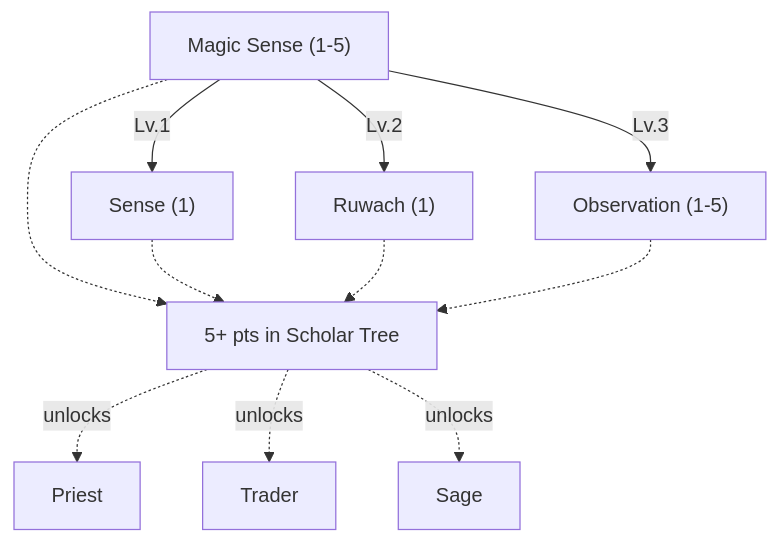
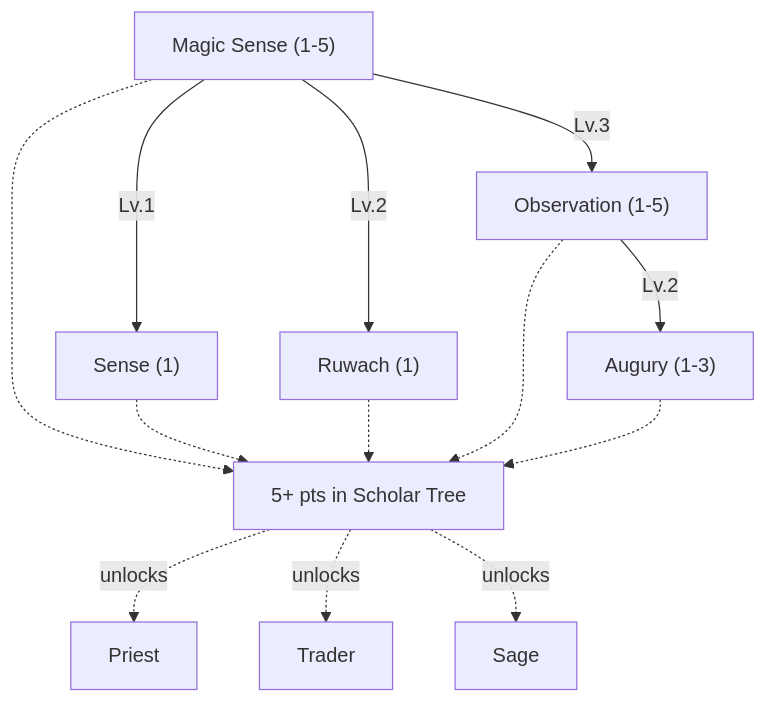
The first of 4 diagrams in content/docs/mechanics/master/scholar-tree.md (tfelix/bestia-docs), drawn with Mermaid before and after one commit. The commit also changed other lines of this file and 8 other files, not shown here.

````diff
--- a/content/docs/mechanics/master/scholar-tree.md
+++ b/content/docs/mechanics/master/scholar-tree.md
@@ -9,22 +9,25 @@
 ```mermaid
 graph TD
     MagicSense["Magic Sense (1-5)"]
     Sense["Sense (1)"]
     Ruwach["Ruwach (1)"]
     Observation["Observation (1-5)"]
+    Augury["Augury (1-3)"]
     Gate["5+ pts in Scholar Tree"]
     Priest["Priest"]
     Trader["Trader"]
     Sage["Sage"]
 
     MagicSense -->|Lv.1| Sense
     MagicSense -->|Lv.2| Ruwach
     MagicSense -->|Lv.3| Observation
+    Observation -->|Lv.2| Augury
     MagicSense -.-> Gate
     Sense -.-> Gate
     Ruwach -.-> Gate
     Observation -.-> Gate
+    Augury -.-> Gate
     Gate -.->|unlocks| Priest
     Gate -.->|unlocks| Trader
     Gate -.->|unlocks| Sage
 ```
````
